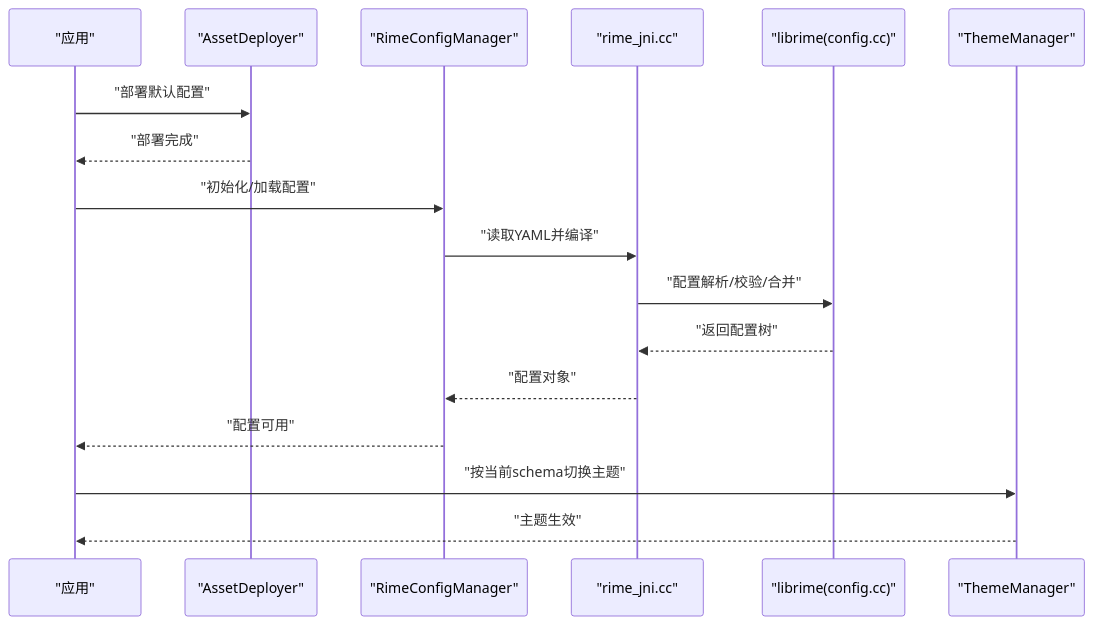
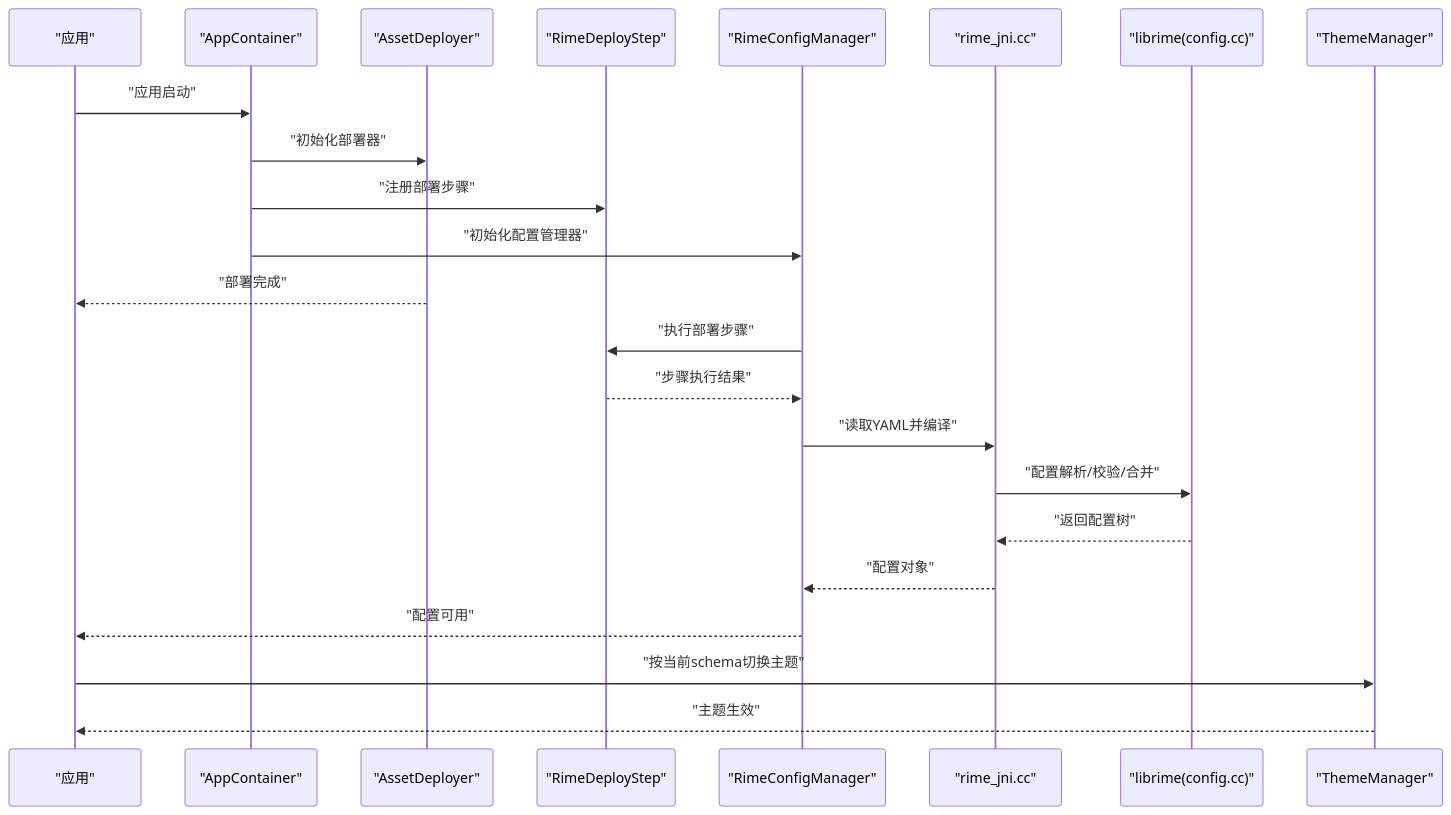
Before and after one commit to qiaodashaoye/ziyou-ime: the second of 6 diagrams in .qoder/repowiki/zh/content/配置管理/配置管理.md, drawn with Mermaid. The commit also changed other lines of this file and 7 other files, not shown here.

````diff
--- a/.qoder/repowiki/zh/content/配置管理/配置管理.md
+++ b/.qoder/repowiki/zh/content/配置管理/配置管理.md
@@ -88,19 +113,25 @@
 ```mermaid
 sequenceDiagram
 participant App as "应用"
+participant Container as "AppContainer"
 participant Deployer as "AssetDeployer"
+participant Step as "RimeDeployStep"
 participant ConfigMgr as "RimeConfigManager"
 participant JNI as "rime_jni.cc"
 participant LibRime as "librime(config.cc)"
 participant Theme as "ThemeManager"
-App->>Deployer : "部署默认配置"
+App->>Container : "应用启动"
+Container->>Deployer : "初始化部署器"
+Container->>Step : "注册部署步骤"
+Container->>ConfigMgr : "初始化配置管理器"
 Deployer-->>App : "部署完成"
-App->>ConfigMgr : "初始化/加载配置"
+ConfigMgr->>Step : "执行部署步骤"
+Step-->>ConfigMgr : "步骤执行结果"
 ConfigMgr->>JNI : "读取YAML并编译"
 JNI->>LibRime : "配置解析/校验/合并"
 LibRime-->>JNI : "返回配置树"
 JNI-->>ConfigMgr : "配置对象"
 ConfigMgr-->>App : "配置可用"
 App->>Theme : "按当前schema切换主题"
 Theme-->>App : "主题生效"
 ```
````
